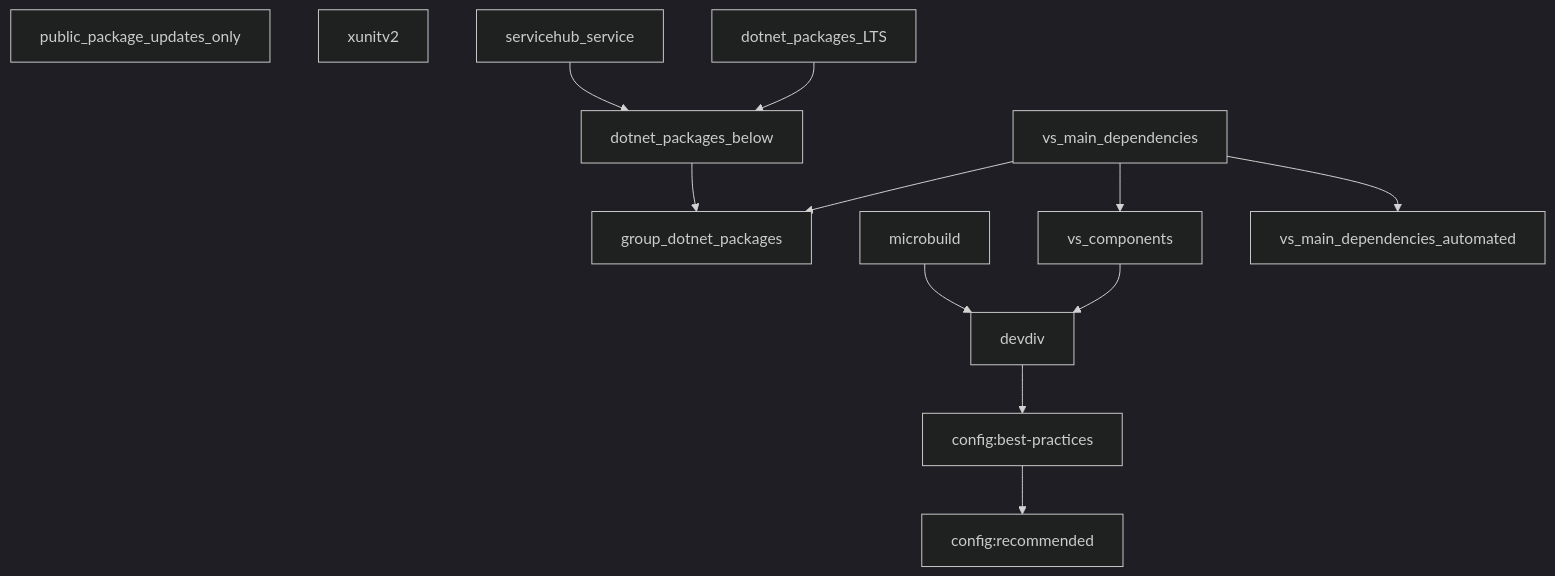
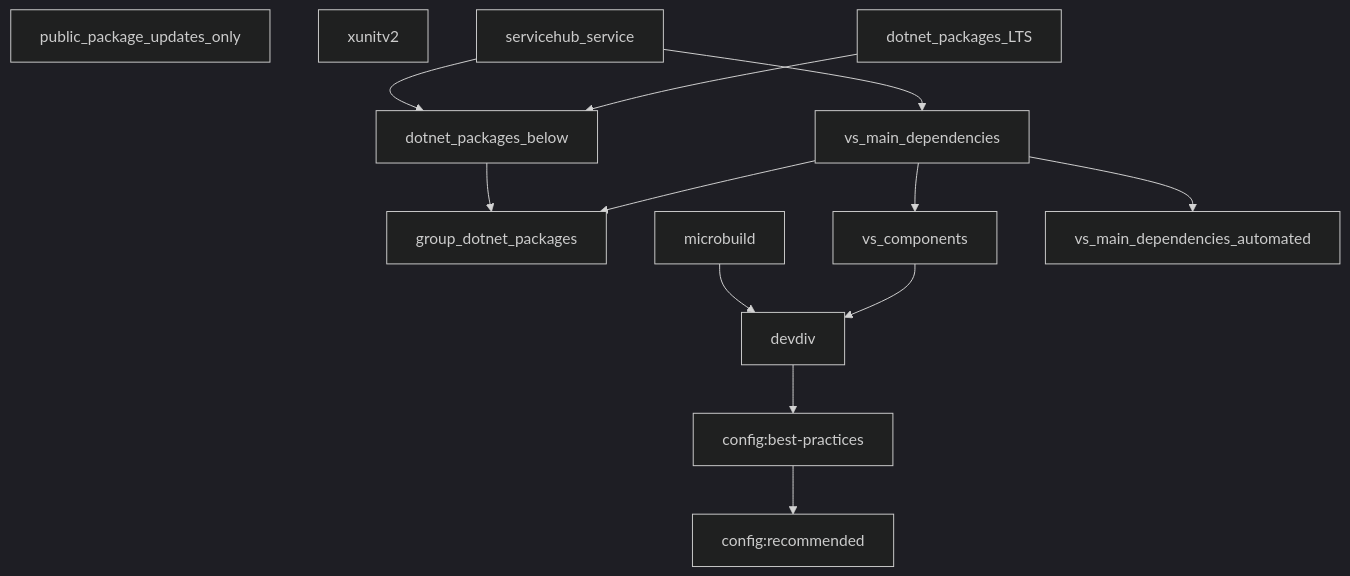
Before and after one commit to microsoft/vs-renovate-presets: the diagram in README.md, drawn with Mermaid (dark theme). The commit also changed 1 other file, not shown here.

Commit message:
ServiceHub services should match VS dependency versions
ServiceHub services have many .NET assemblies 'in box' that they can and should use rather than bundling their own dependencies. The versions of these dependencies always match what VS is already shipping.

````diff
--- a/README.md
+++ b/README.md
@@ -10,15 +10,16 @@
 ```mermaid
 flowchart TD
     configBestPractices --> configRecommended["config:recommended"]
     devdiv --> configBestPractices["config:best-practices"]
     dotnet_packages_below --> group_dotnet_packages
     microbuild --> devdiv
     vs_components --> devdiv
     vs_main_dependencies --> vs_components
     vs_main_dependencies --> group_dotnet_packages
     vs_main_dependencies --> vs_main_dependencies_automated
     public_package_updates_only
     xunitv2
+    servicehub_service --> vs_main_dependencies
     servicehub_service --> dotnet_packages_below
     dotnet_packages_LTS --> dotnet_packages_below
 ```
````
